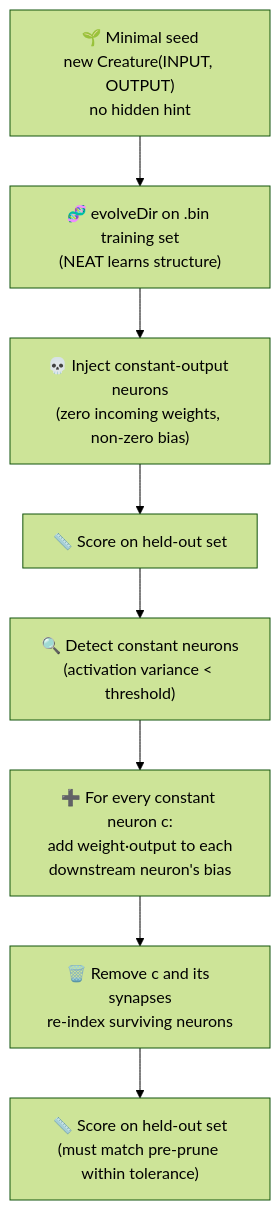
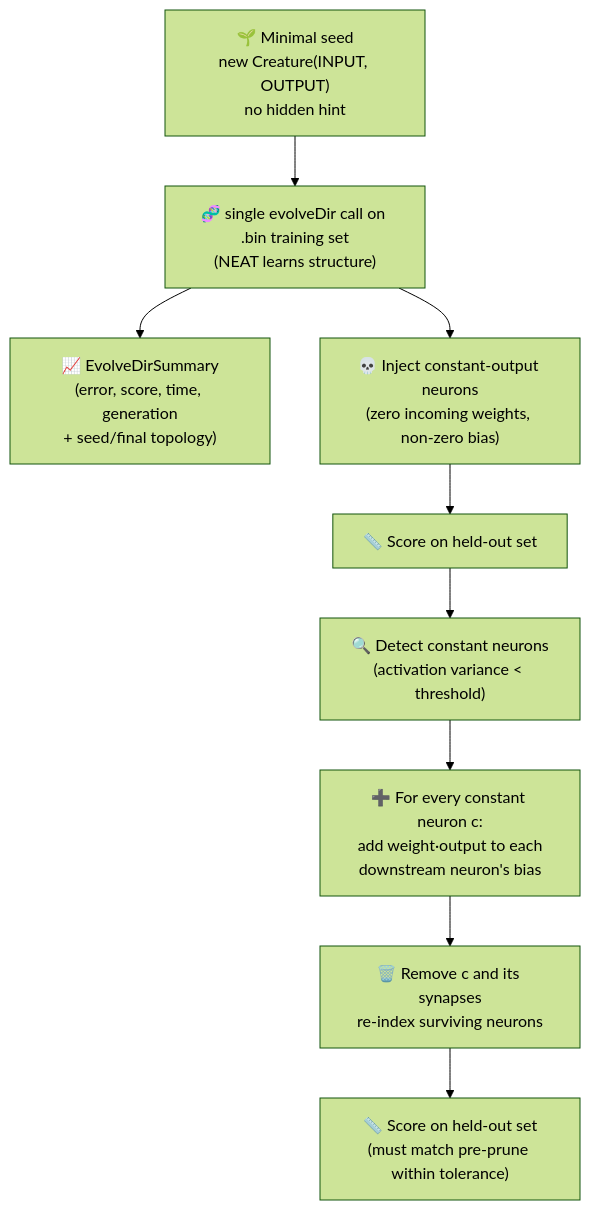
The diagram in neuron_pruning/README.md (stSoftwareAU/NEAT-AI-Examples), drawn with Mermaid (forest theme) before and after one commit. The commit also changed other lines of this file and 34 other files, not shown here.

````diff
--- a/neuron_pruning/README.md
+++ b/neuron_pruning/README.md
@@ -53,19 +59,21 @@
 ```mermaid
 flowchart TD
     SEED["🌱 Minimal seed<br/>new Creature(INPUT, OUTPUT)<br/>no hidden hint"]
-    EVOLVE["🧬 evolveDir on .bin training set<br/>(NEAT learns structure)"]
+    EVOLVE["🧬 single evolveDir call on .bin training set<br/>(NEAT learns structure)"]
+    SUM["📈 EvolveDirSummary<br/>(error, score, time, generation<br/>+ seed/final topology)"]
     INJECT["💀 Inject constant-output neurons<br/>(zero incoming weights, non-zero bias)"]
     SCORE1["📏 Score on held-out set"]
     DETECT["🔍 Detect constant neurons<br/>(activation variance &lt; threshold)"]
     FOLD["➕ For every constant neuron c:<br/>add weight·output to each<br/>downstream neuron's bias"]
     DROP["🗑️ Remove c and its synapses<br/>re-index surviving neurons"]
     SCORE2["📏 Score on held-out set<br/>(must match pre-prune within tolerance)"]
 
     SEED --> EVOLVE
+    EVOLVE --> SUM
     EVOLVE --> INJECT
     INJECT --> SCORE1
     SCORE1 --> DETECT
     DETECT --> FOLD
     FOLD --> DROP
     DROP --> SCORE2
 ```
````
